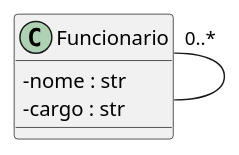
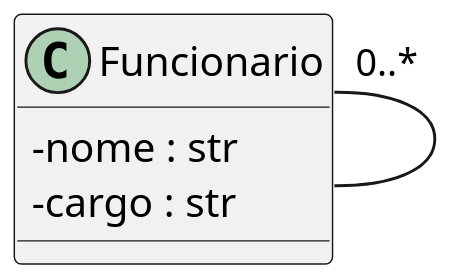
The diagram in docs/assets/puml/uml_class02.puml (maxwellamaral/maxwellamaral.github.io), drawn with PlantUML before and after one commit. The commit also changed 99 other files, not shown here.

Commit message:
🆕 Adicionado conteúdo relacionado aos diagramas UML

```diff
--- a/docs/assets/puml/uml_class02.puml
+++ b/docs/assets/puml/uml_class02.puml
@@ -1,12 +1,13 @@
 @startuml
 
 skinparam classAttributeIconSize 0
+scale 2.0
 
 class Funcionario {
     - nome : str
     - cargo : str
 }
 
 Funcionario "0..*" -- Funcionario
 
 @enduml
```
